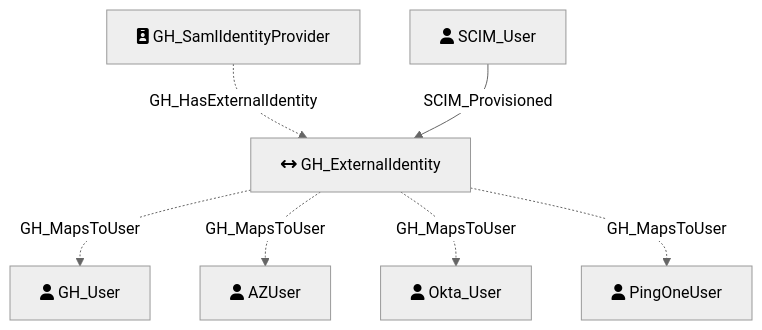
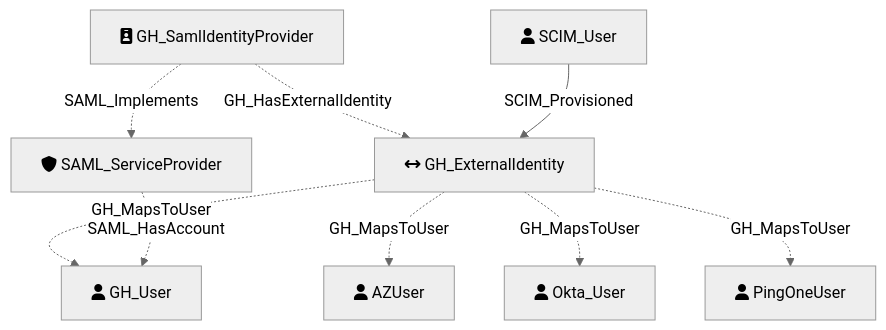
The diagram in Documentation/NodeDescriptions/GH_ExternalIdentity.md (SpecterOps/GitHound), drawn with Mermaid (neutral theme) before and after one commit. The commit also changed other lines of this file and 4 other files, not shown here.

First line of the commit message:
feat: add normalized GitHub SAML service provider modeling

````diff
--- a/Documentation/NodeDescriptions/GH_ExternalIdentity.md
+++ b/Documentation/NodeDescriptions/GH_ExternalIdentity.md
@@ -31,18 +33,21 @@
 ```mermaid
 flowchart TD
     GH_SamlIdentityProvider[fa:fa-id-badge GH_SamlIdentityProvider]
     GH_ExternalIdentity[fa:fa-arrows-left-right GH_ExternalIdentity]
     SCIM_User[fa:fa-user SCIM_User]
     GH_User[fa:fa-user GH_User]
+    SAML_ServiceProvider[fa:fa-shield SAML_ServiceProvider]
     AZUser[fa:fa-user AZUser]
     Okta_User[fa:fa-user Okta_User]
     PingOneUser[fa:fa-user PingOneUser]
 
 
     GH_SamlIdentityProvider -.->|GH_HasExternalIdentity| GH_ExternalIdentity
+    GH_SamlIdentityProvider -.->|SAML_Implements| SAML_ServiceProvider
     SCIM_User -->|SCIM_Provisioned| GH_ExternalIdentity
     GH_ExternalIdentity -.->|GH_MapsToUser| GH_User
+    SAML_ServiceProvider -.->|SAML_HasAccount| GH_User
     GH_ExternalIdentity -.->|GH_MapsToUser| AZUser
     GH_ExternalIdentity -.->|GH_MapsToUser| Okta_User
     GH_ExternalIdentity -.->|GH_MapsToUser| PingOneUser
 ```
````
